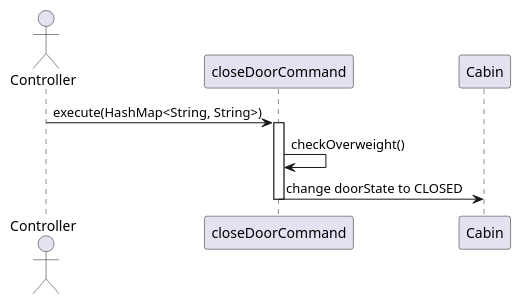
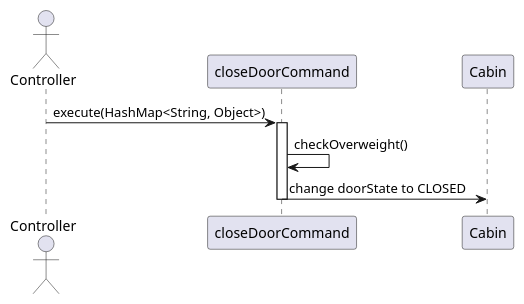
One commit to WhiteSnakeE/ElevatorDriver changed the diagram in src/documentation/command/closeDoorCommand.puml. Above: the diagram before and after it, drawn with PlantUML. The commit also changed 6 other files, not shown here.

Commit message:
E23-17 value in HashMap in execute was changed to Object

```diff
--- a/src/documentation/command/closeDoorCommand.puml
+++ b/src/documentation/command/closeDoorCommand.puml
@@ -1,11 +1,11 @@
 @startuml
 
 actor Controller
 
-Controller -> closeDoorCommand: execute(HashMap<String, String>)
+Controller -> closeDoorCommand: execute(HashMap<String, Object>)
 activate closeDoorCommand
 closeDoorCommand -> closeDoorCommand: checkOverweight()
 closeDoorCommand -> Cabin: change doorState to CLOSED
 deactivate closeDoorCommand
 
 @enduml
```
